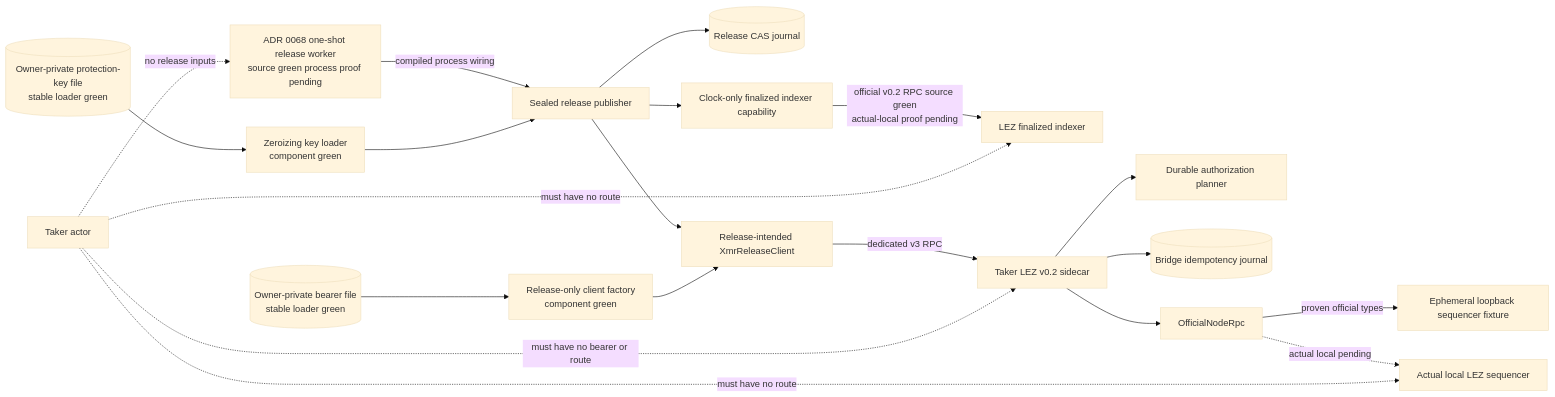
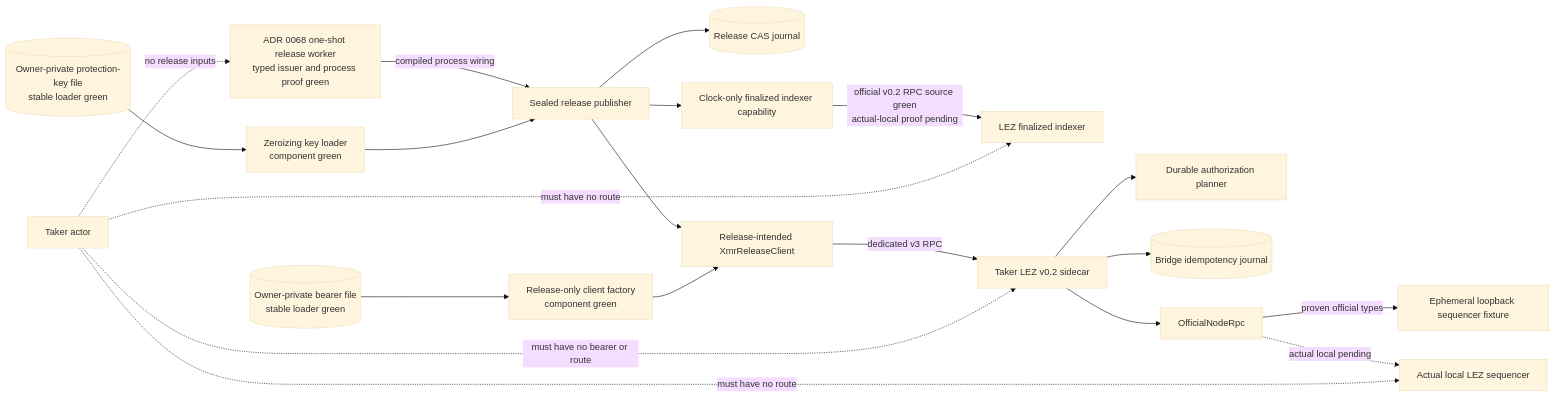
The first of 2 diagrams in docs/architecture/0067-submit-xmr-authorization-through-dedicated-route.md (gateway-fm/lez-atomic-swaps), drawn with Mermaid (base theme) before and after one commit. The commit also changed other lines of this file and 17 other files, not shown here.

Commit message:
test(m4): prove release worker process restart

````diff
--- a/docs/architecture/0067-submit-xmr-authorization-through-dedicated-route.md
+++ b/docs/architecture/0067-submit-xmr-authorization-through-dedicated-route.md
@@ -66,22 +66,22 @@
 ```mermaid
 flowchart LR
-    Actor["Taker actor"] -.->|"no release inputs"| Service["ADR 0068 one-shot release worker<br/>source green process proof pending"]
+    Actor["Taker actor"] -.->|"no release inputs"| Service["ADR 0068 one-shot release worker<br/>typed issuer and process proof green"]
     Service -->|"compiled process wiring"| Authority["Sealed release publisher"]
     Authority --> ReleaseJournal[("Release CAS journal")]
     Authority --> Clock["Clock-only finalized indexer capability"]
     Authority --> Client["Release-intended XmrReleaseClient"]
     BearerFile[("Owner-private bearer file<br/>stable loader green")] --> ReleaseFactory["Release-only client factory<br/>component green"]
     ReleaseFactory --> Client
     KeyFile[("Owner-private protection-key file<br/>stable loader green")] --> KeyLoader["Zeroizing key loader<br/>component green"]
     KeyLoader --> Authority
     Clock -->|"official v0.2 RPC source green<br/>actual-local proof pending"| Indexer["LEZ finalized indexer"]
     Client -->|"dedicated v3 RPC"| Sidecar["Taker LEZ v0.2 sidecar"]
     Sidecar --> Planner["Durable authorization planner"]
     Sidecar --> BridgeJournal[("Bridge idempotency journal")]
     Sidecar --> NodeRpc["OfficialNodeRpc"]
     NodeRpc -->|"proven official types"| Fixture["Ephemeral loopback sequencer fixture"]
     NodeRpc -.->|"actual local pending"| Sequencer["Actual local LEZ sequencer"]
     Actor -.->|"must have no bearer or route"| Sidecar
     Actor -.->|"must have no route"| Indexer
     Actor -.->|"must have no route"| Sequencer
 ```
````
